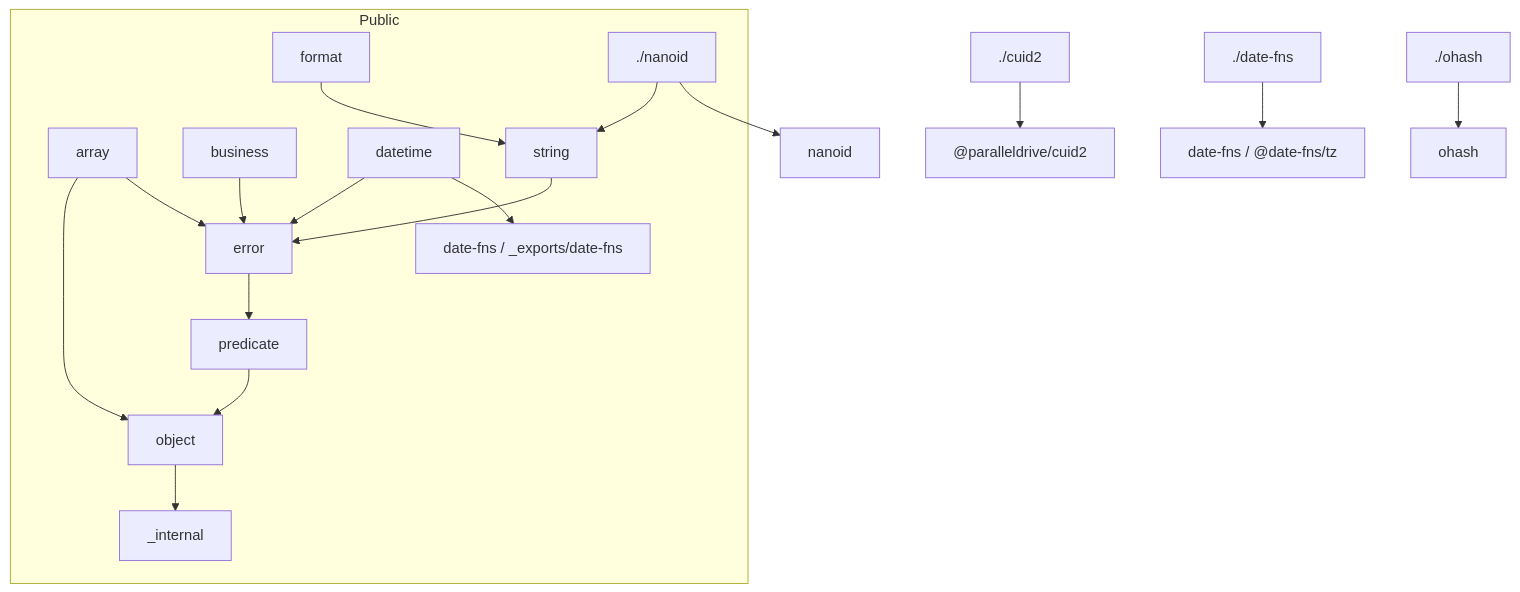
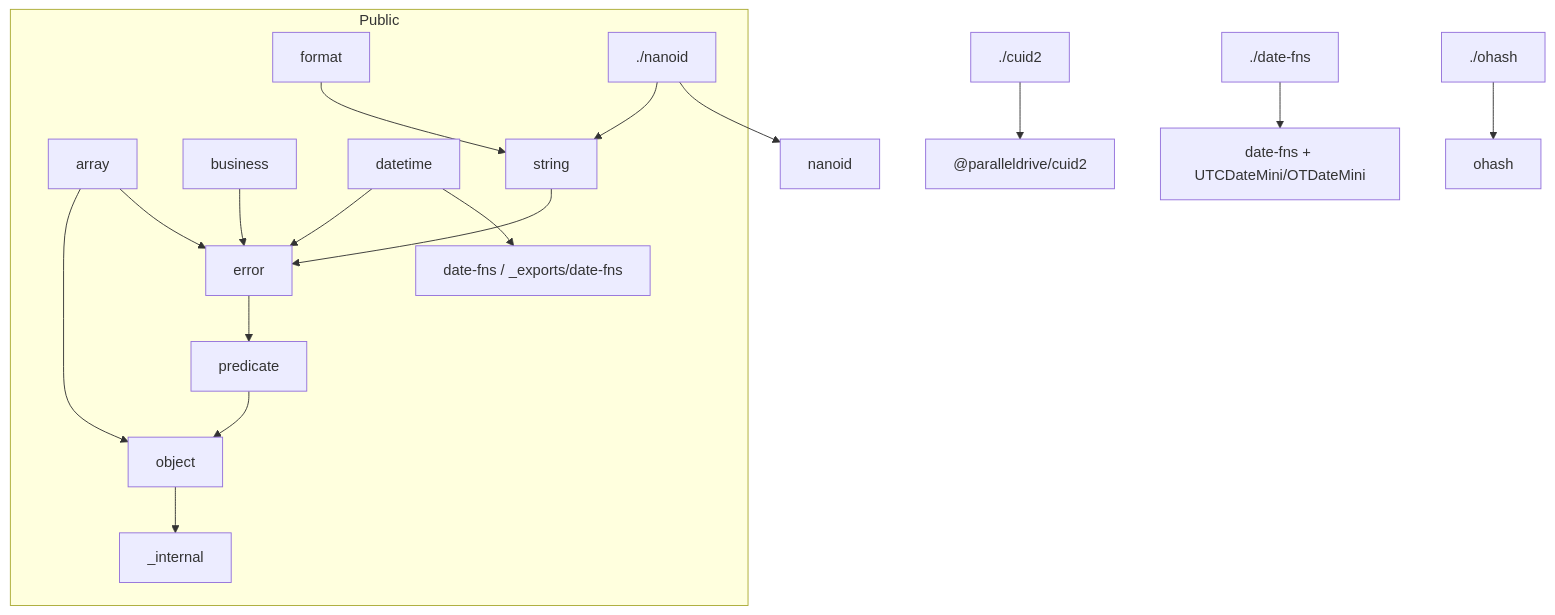
Before and after one commit to bingtsingw/xstools-open: the diagram in .agents/docs/architecture.md, drawn with Mermaid. The commit also changed other lines of this file and 10 other files, not shown here.

Commit message:
feat(utility): replace @date-fns/tz with self-implemented OTDateMini and ot (offset timezone)

````diff
--- a/.agents/docs/architecture.md
+++ b/.agents/docs/architecture.md
@@ -61,21 +61,21 @@
 ```mermaid
 flowchart TB
   subgraph public [Public]
     array --> object
     array --> error
     business --> error
     datetime --> error
     datetime --> date_fns_src["date-fns / _exports/date-fns"]
     string --> error
     format --> string
     error --> predicate
     predicate --> object
     object --> internal["_internal"]
     nanoid_exp["./nanoid"] --> string
   end
 
   cuid2_exp["./cuid2"] --> cuid2lib["@paralleldrive/cuid2"]
-  date_fns_exp["./date-fns"] --> datefns["date-fns / @date-fns/tz"]
+  date_fns_exp["./date-fns"] --> datefns["date-fns + UTCDateMini/OTDateMini"]
   nanoid_exp --> nanoidlib[nanoid]
   ohash_exp["./ohash"] --> ohashlib[ohash]
 ```
````
